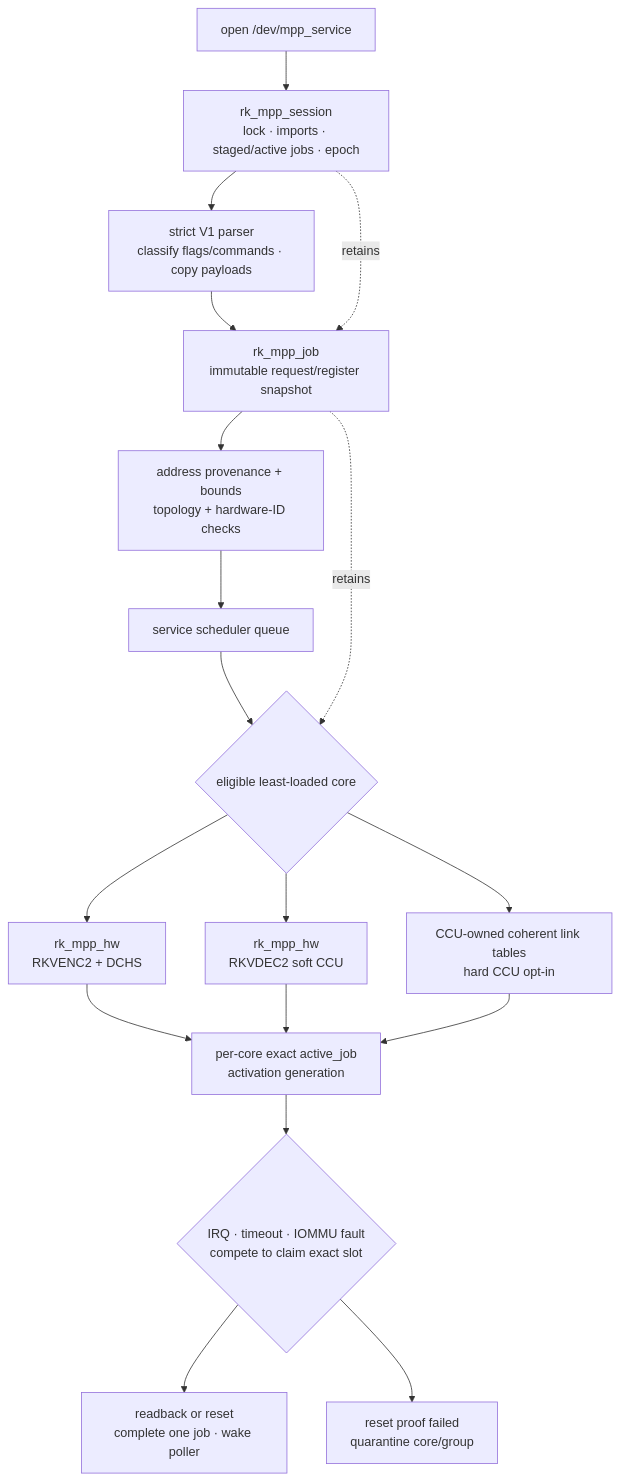
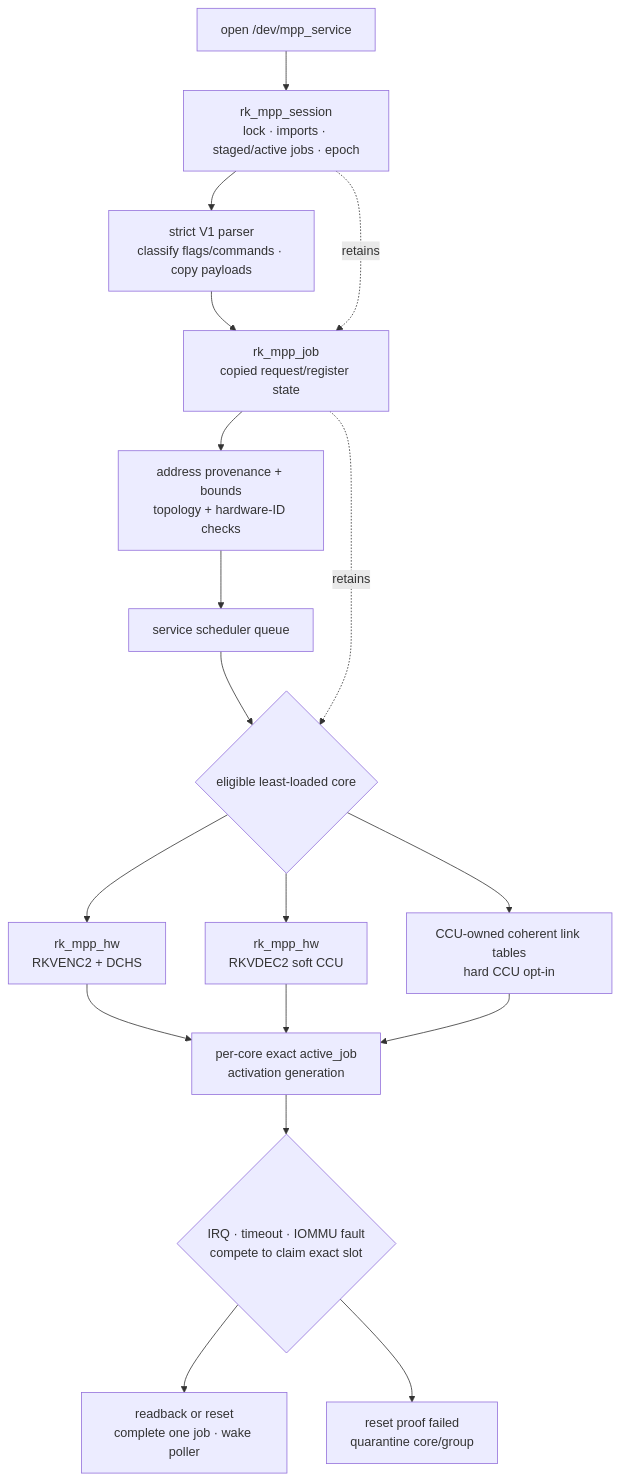
Before and after one commit to yisding/rock-5b-ysp: the third of 13 diagrams in kernel-drivers/docs/driver-architecture-comparison.md, drawn with Mermaid. The commit also changed other lines of this file and 62 other files, not shown here.

Commit message:
media: refresh rewrite architecture and recovery evidence

````diff
--- a/kernel-drivers/docs/driver-architecture-comparison.md
+++ b/kernel-drivers/docs/driver-architecture-comparison.md
@@ -136,26 +138,26 @@
 ```mermaid
 flowchart TB
   fd["open /dev/mpp_service"]
   session["rk_mpp_session<br/>lock · imports · staged/active jobs · epoch"]
   parse["strict V1 parser<br/>classify flags/commands · copy payloads"]
-  snapshot["rk_mpp_job<br/>immutable request/register snapshot"]
+  snapshot["rk_mpp_job<br/>copied request/register state"]
   validate["address provenance + bounds<br/>topology + hardware-ID checks"]
   queue["service scheduler queue"]
   choose{"eligible least-loaded core"}
   enc["rk_mpp_hw<br/>RKVENC2 + DCHS"]
   decsoft["rk_mpp_hw<br/>RKVDEC2 soft CCU"]
   dechard["CCU-owned coherent link tables<br/>hard CCU opt-in"]
   active["per-core exact active_job<br/>activation generation"]
   done{"IRQ · timeout · IOMMU fault<br/>compete to claim exact slot"}
   finish["readback or reset<br/>complete one job · wake poller"]
   quarantine["reset proof failed<br/>quarantine core/group"]
 
   fd --> session --> parse --> snapshot --> validate --> queue --> choose
   choose --> enc --> active
   choose --> decsoft --> active
   choose --> dechard --> active
   active --> done --> finish
   done --> quarantine
   session -. retains .-> snapshot
   snapshot -. retains .-> choose
 ```
````
